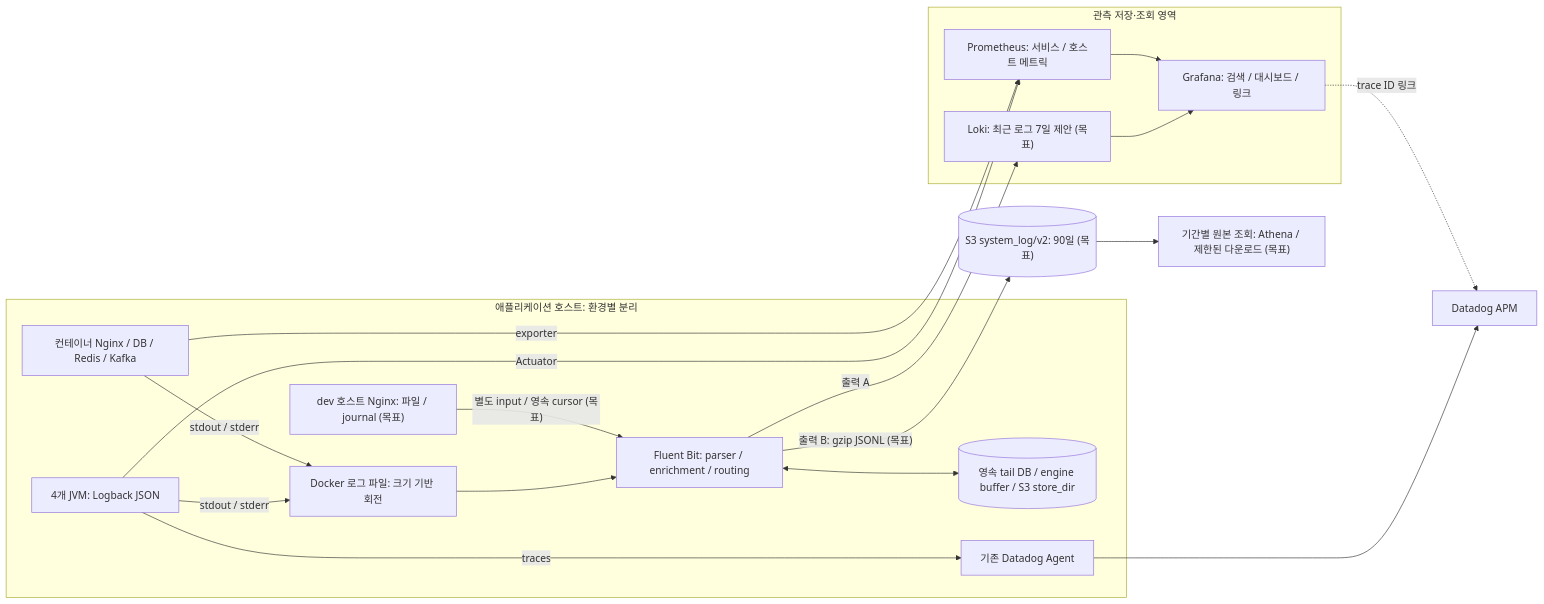
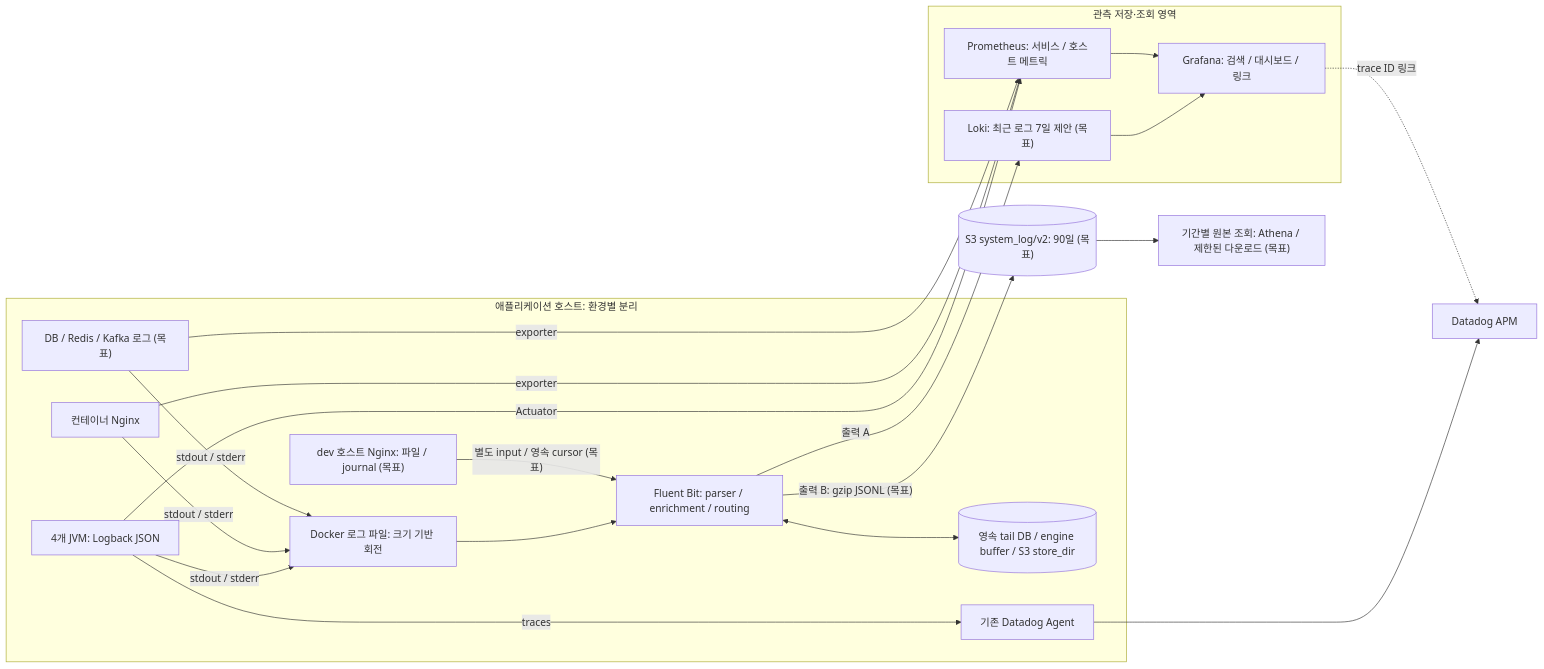
One commit to OneOrThree/phone changed the second of 8 diagrams in docs/architecture/server-log-observability/README.md. Above: the diagram before and after it, drawn with Mermaid. The commit also changed other lines of this file and 5 other files, not shown here.

Commit message:
[CHORE] GROMO-2580 DB·Redis·Kafka 로그와 trace_id 분기에도 «(목표)» 를 붙이고 §6 기록 상태 이름을 하나로 맞춘다

````diff
--- a/docs/architecture/server-log-observability/README.md
+++ b/docs/architecture/server-log-observability/README.md
@@ -85,32 +85,35 @@
 ```mermaid
 flowchart LR
     subgraph HOST[애플리케이션 호스트: 환경별 분리]
         JVM[4개 JVM: Logback JSON]
-        INF[컨테이너 Nginx / DB / Redis / Kafka]
+        INF[컨테이너 Nginx]
+        INF2["DB / Redis / Kafka 로그 (목표)"]
         HNG["dev 호스트 Nginx: 파일 / journal (목표)"]
         DOCKER[Docker 로그 파일: 크기 기반 회전]
         FB[Fluent Bit: parser / enrichment / routing]
         DISK[(영속 tail DB / engine buffer / S3 store_dir)]
         AGENT[기존 Datadog Agent]
         JVM -->|stdout / stderr| DOCKER
         INF -->|stdout / stderr| DOCKER
+        INF2 -->|stdout / stderr| DOCKER
         DOCKER --> FB
         HNG -->|"별도 input / 영속 cursor (목표)"| FB
         FB <--> DISK
         JVM -->|traces| AGENT
     end
     subgraph OBS[관측 저장·조회 영역]
         LK["Loki: 최근 로그 7일 제안 (목표)"]
         GF[Grafana: 검색 / 대시보드 / 링크]
         PR[Prometheus: 서비스 / 호스트 메트릭]
         LK --> GF
         PR --> GF
     end
     FB -->|출력 A| LK
     FB -->|"출력 B: gzip JSONL (목표)"| S3[("S3 system_log/v2: 90일 (목표)")]
     AGENT --> DD[Datadog APM]
     GF -. trace ID 링크 .-> DD
     S3 --> ARCH["기간별 원본 조회: Athena / 제한된 다운로드 (목표)"]
     JVM -->|Actuator| PR
     INF -->|exporter| PR
+    INF2 -->|exporter| PR
 ```
````
